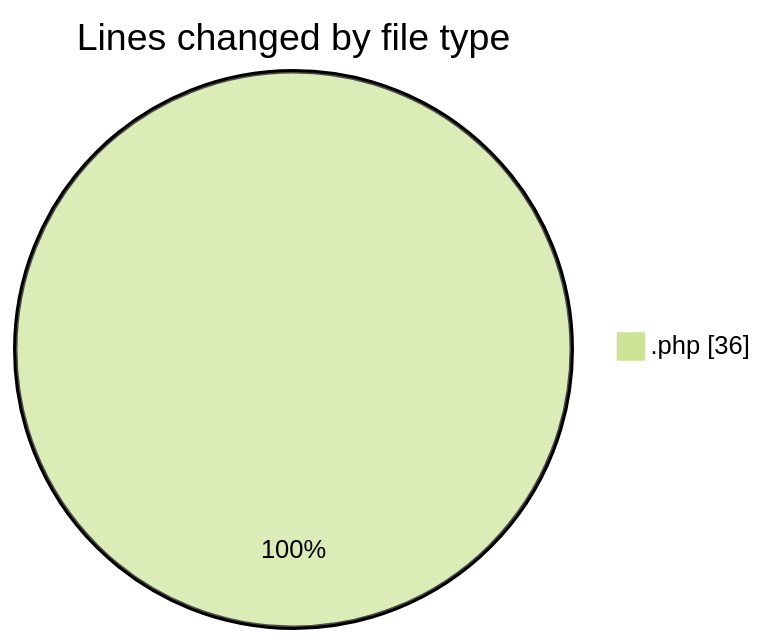
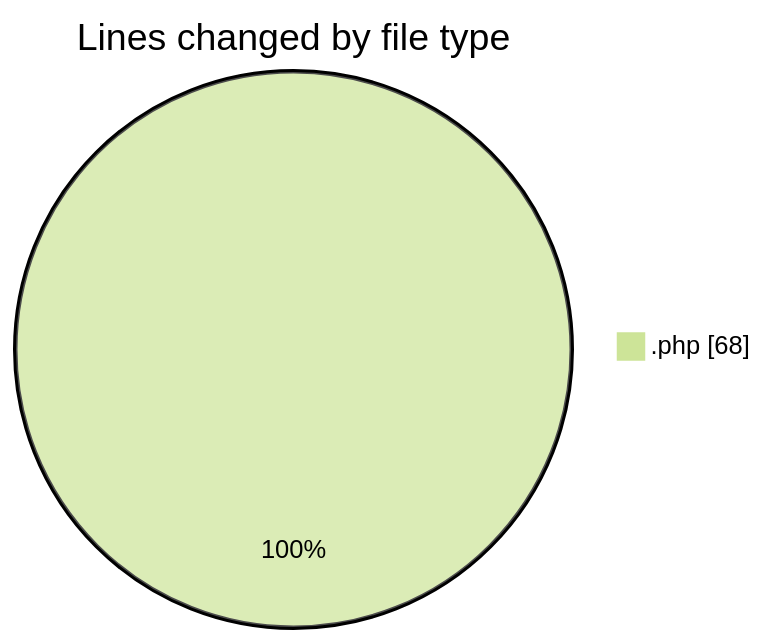
The first of 2 diagrams in 2025-03-18/web/README.md (LanceThiago/code-tracking), drawn with Mermaid (forest theme) before and after one commit. The commit also changed other lines of this file and 1 other file, not shown here.

````diff
--- a/2025-03-18/web/README.md
+++ b/2025-03-18/web/README.md
@@ -20,5 +20,5 @@
 ```mermaid
 pie showData
 title Lines changed by file type
-".php" : 36
+".php" : 68
 ```
````
